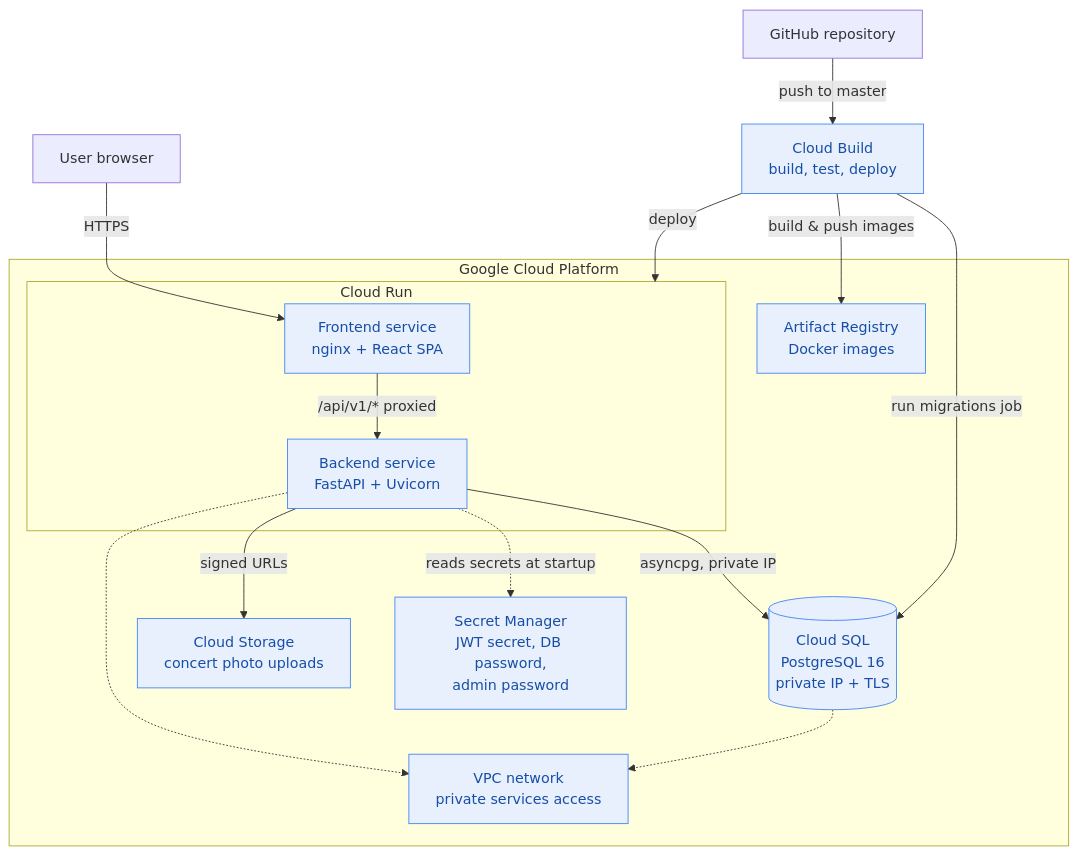
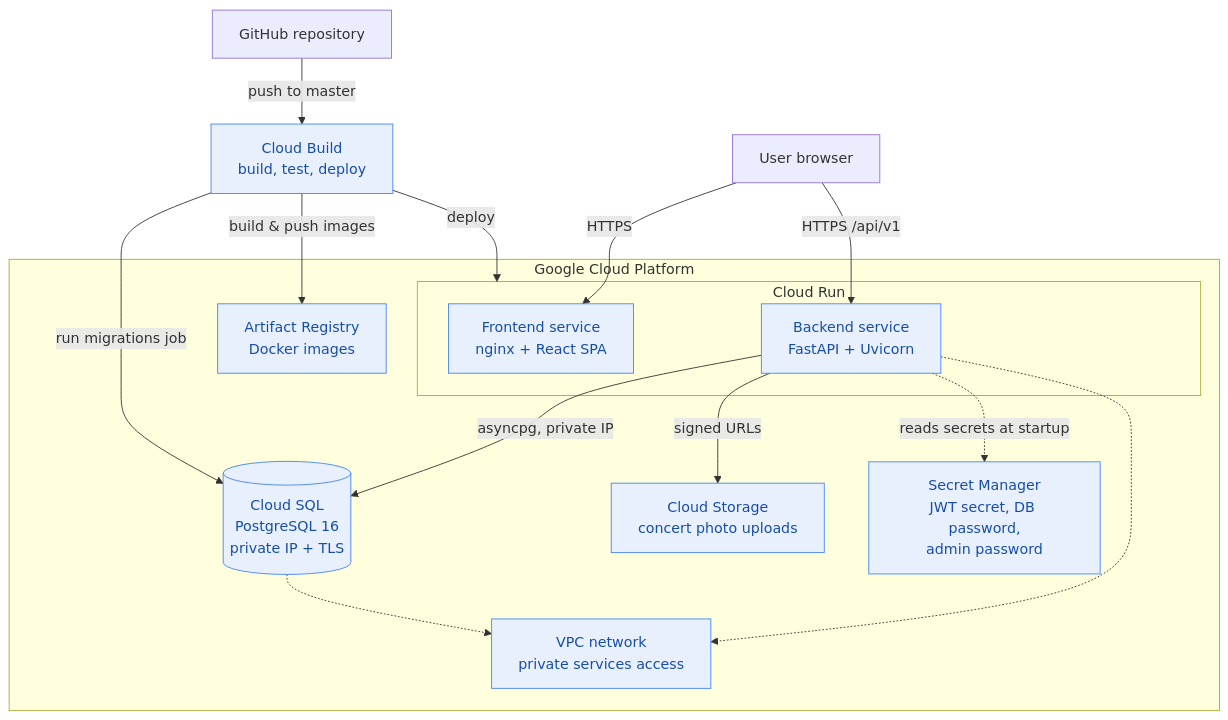
One commit to falken20/falken_shows changed the first of 4 diagrams in docs/ARCHITECTURE.md. Above: the diagram before and after it, drawn with Mermaid. The commit also changed other lines of this file and 38 other files, not shown here.

````diff
--- a/docs/ARCHITECTURE.md
+++ b/docs/ARCHITECTURE.md
@@ -9,36 +9,36 @@
 ```mermaid
 graph TB
     User["User browser"]
 
     subgraph GCP["Google Cloud Platform"]
         subgraph CloudRun["Cloud Run"]
             Frontend["Frontend service<br/>nginx + React SPA"]
             Backend["Backend service<br/>FastAPI + Uvicorn"]
         end
 
         SQL[("Cloud SQL<br/>PostgreSQL 16<br/>private IP + TLS")]
         GCS["Cloud Storage<br/>concert photo uploads"]
         SecretManager["Secret Manager<br/>JWT secret, DB password,<br/>admin password"]
         ArtifactRegistry["Artifact Registry<br/>Docker images"]
         VPC["VPC network<br/>private services access"]
     end
 
     GitHub["GitHub repository"]
     CloudBuild["Cloud Build<br/>build, test, deploy"]
 
     User -->|HTTPS| Frontend
-    Frontend -->|"/api/v1/* proxied"| Backend
+    User -->|"HTTPS /api/v1"| Backend
     Backend -->|"asyncpg, private IP"| SQL
     Backend -->|signed URLs| GCS
     Backend -.->|reads secrets at startup| SecretManager
     Backend -.-> VPC
     SQL -.-> VPC
 
     GitHub -->|push to master| CloudBuild
     CloudBuild -->|build & push images| ArtifactRegistry
     CloudBuild -->|deploy| CloudRun
     CloudBuild -->|run migrations job| SQL
 
     classDef gcp fill:#e8f0fe,stroke:#4285f4,color:#174ea6
     class Frontend,Backend,SQL,GCS,SecretManager,ArtifactRegistry,VPC,CloudBuild gcp
 ```
````
